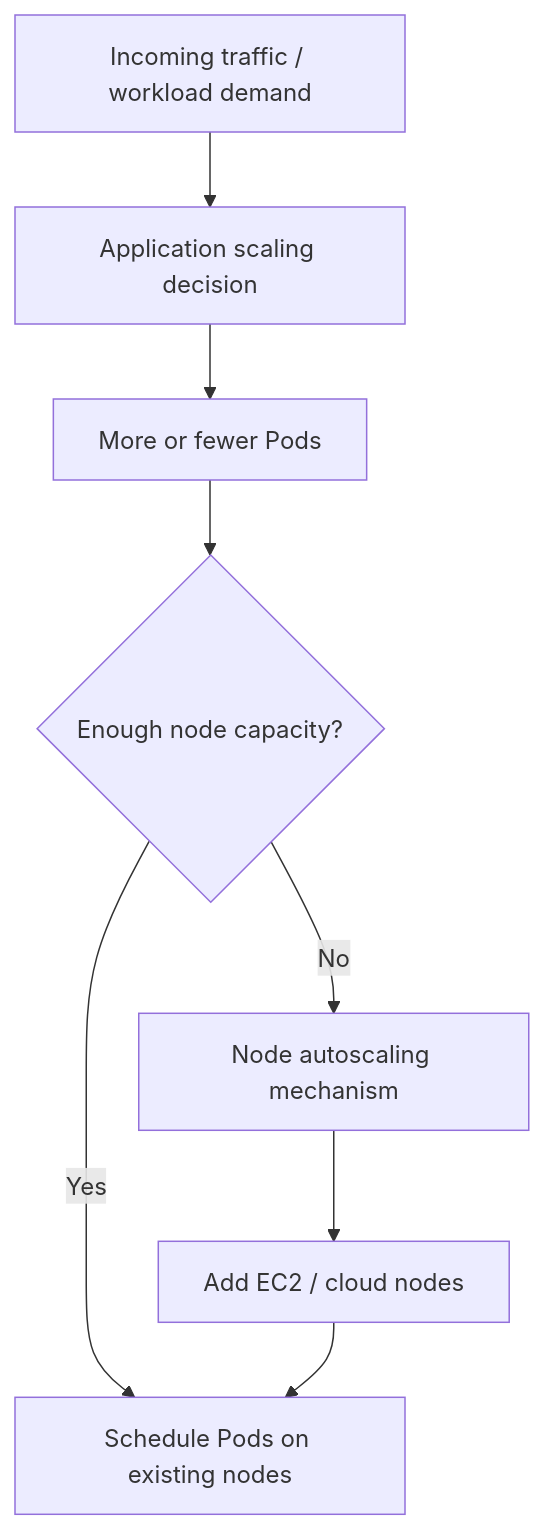
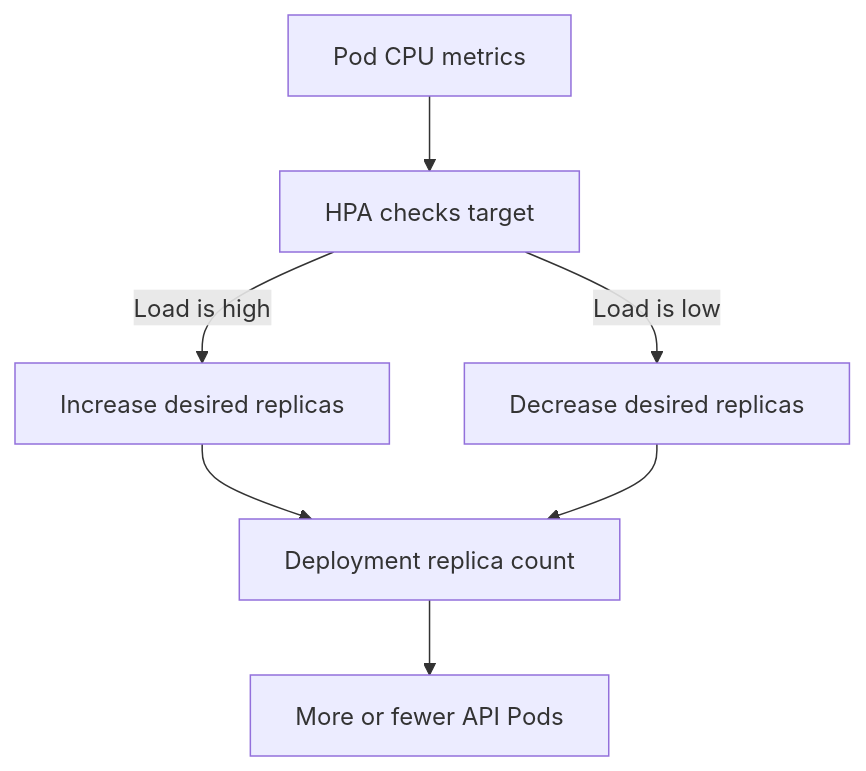
One commit to shomi-khan/k8s-tutorial changed the ninth of 13 diagrams in chapters/00-kubernetes-foundation/README.md. Above: the diagram before and after it, drawn with Mermaid. The commit also changed other lines of this file, not shown here.

Commit message:
docs: clarify scheduler pods and AWS autoscaling

````diff
--- a/chapters/00-kubernetes-foundation/README.md
+++ b/chapters/00-kubernetes-foundation/README.md
@@ -289,10 +302,9 @@
 ```mermaid
 flowchart TD
-    T[Incoming traffic / workload demand] --> H[Application scaling decision]
-    H --> P[More or fewer Pods]
-    P --> N{Enough node capacity?}
-    N -->|Yes| S[Schedule Pods on existing nodes]
-    N -->|No| CA[Node autoscaling mechanism]
-    CA --> EC[Add EC2 / cloud nodes]
-    EC --> S
+    M[Pod CPU metrics] --> H[HPA checks target]
+    H -->|Load is high| UP[Increase desired replicas]
+    H -->|Load is low| DOWN[Decrease desired replicas]
+    UP --> D[Deployment replica count]
+    DOWN --> D
+    D --> P[More or fewer API Pods]
 ```
````
